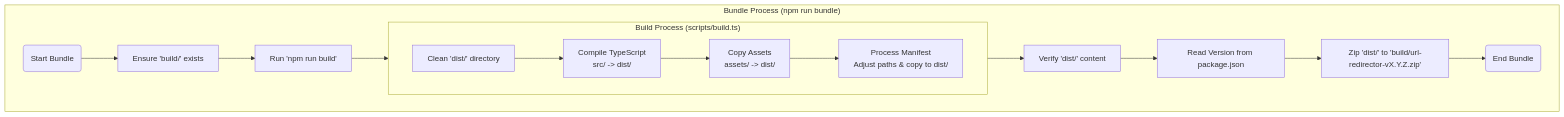
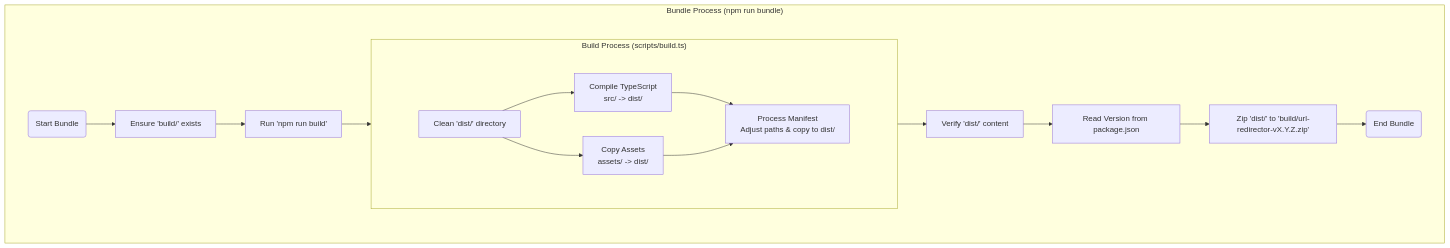
Before and after one commit to jordanblakey/url-redirector: the diagram in docs/build-system.md, drawn with Mermaid. The commit also changed 1 other file, not shown here.

Commit message:
docs: improve mermaid diagram layouts and represent parallel build steps.

````diff
--- a/docs/build-system.md
+++ b/docs/build-system.md
@@ -9,26 +9,43 @@
 ```mermaid
+%%{init: {"flowchart": {"nodeSpacing": 50, "rankSpacing": 10}} }%%
 graph LR
     subgraph Bundle["Bundle Process (npm run bundle)"]
         direction LR
-        StartBundle(Start Bundle) --> EnsureBuildDir[Ensure 'build/' exists]
-        EnsureBuildDir --> RunBuild[Run 'npm run build']
 
-        subgraph Build["Build Process (scripts/build.ts)"]
+        %% 1. Outer Padding: Pushes the "Bundle Process" title up
+        subgraph Pad1[" "]
             direction LR
-            CleanDist[Clean 'dist/' directory]
-            CompileTS[Compile TypeScript<br/>src/ -> dist/]
-            CopyAssets[Copy Assets<br/>assets/ -> dist/]
-            ProcessManifest[Process Manifest<br/>Adjust paths & copy to dist/]
+            style Pad1 fill:none,stroke:none
 
-            CleanDist --> CompileTS
-            CompileTS --> CopyAssets
-            CopyAssets --> ProcessManifest
+            StartBundle(Start Bundle) --> EnsureBuildDir[Ensure 'build/' exists]
+            EnsureBuildDir --> RunBuild[Run 'npm run build']
+
+            %% 2. Inner Subgraph
+            subgraph Build["Build Process (scripts/build.ts)"]
+                direction LR
+
+                %% 3. Inner Padding: Pushes the "Build Process" title up
+                subgraph Pad2[" "]
+                    direction LR
+                    style Pad2 fill:none,stroke:none
+
+                    CleanDist[Clean 'dist/' directory]
+
+                    %% Parallel Split
+                    CleanDist --> CompileTS[Compile TypeScript<br/>src/ -> dist/]
+                    CleanDist --> CopyAssets[Copy Assets<br/>assets/ -> dist/]
+
+                    %% Re-converge
+                    CompileTS --> ProcessManifest[Process Manifest<br/>Adjust paths & copy to dist/]
+                    CopyAssets --> ProcessManifest
+                end
+            end
+
+            RunBuild --> CleanDist
+            ProcessManifest --> VerifyDist[Verify 'dist/' content]
+            VerifyDist --> ReadVersion[Read Version from package.json]
+            ReadVersion --> ZipDist[Zip 'dist/' to 'build/url-redirector-vX.Y.Z.zip']
+            ZipDist --> EndBundle(End Bundle)
         end
-
-        RunBuild --> CleanDist
-        ProcessManifest --> VerifyDist[Verify 'dist/' content]
-        VerifyDist --> ReadVersion[Read Version from package.json]
-        ReadVersion --> ZipDist[Zip 'dist/' to 'build/url-redirector-vX.Y.Z.zip']
-        ZipDist --> EndBundle(End Bundle)
     end
 ```
````
